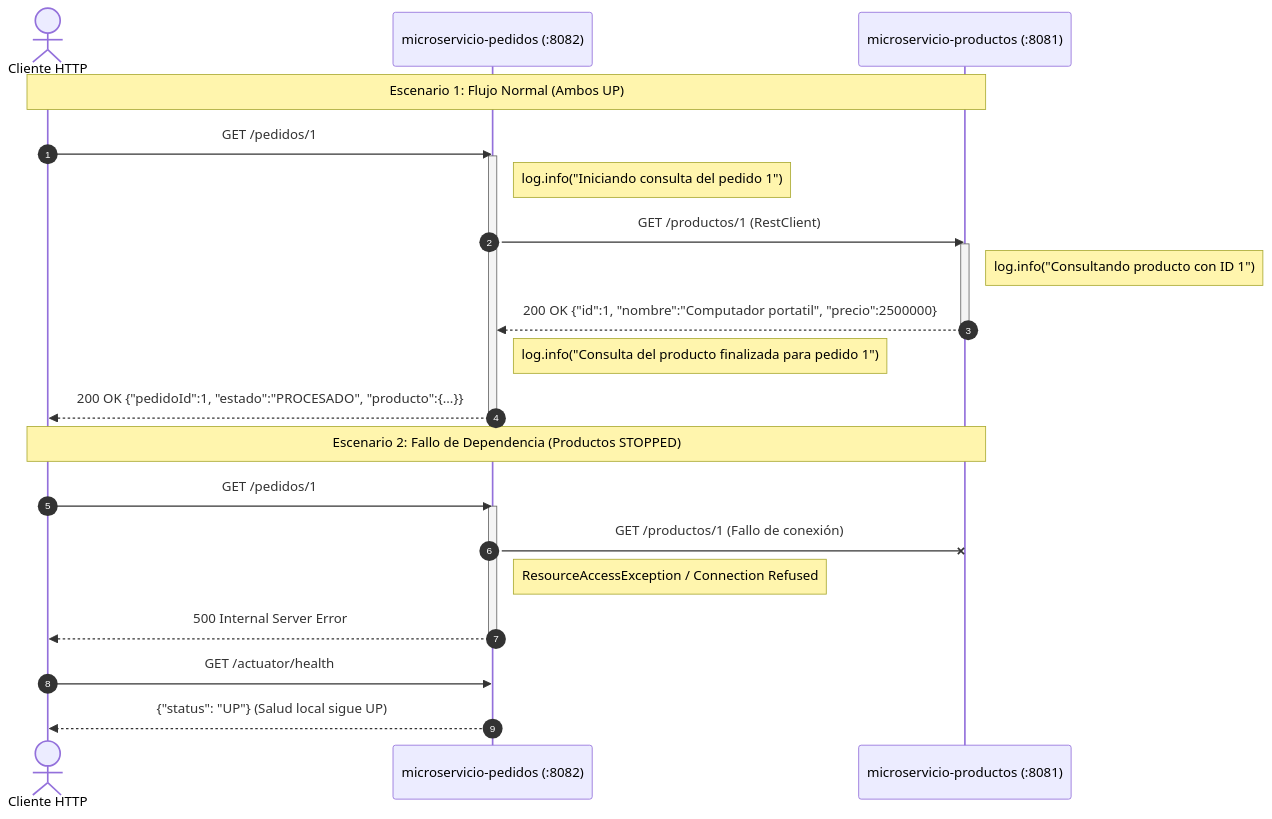
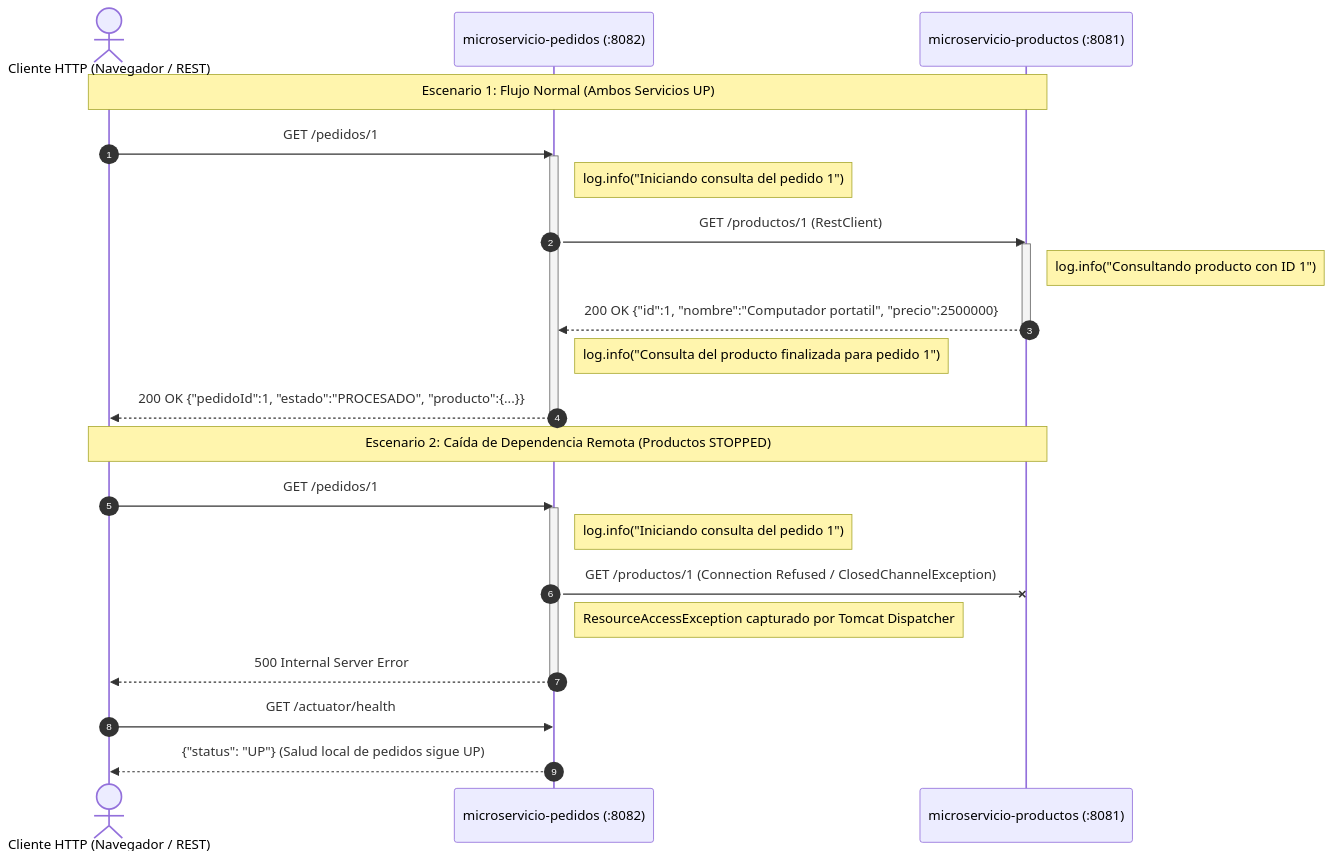
Before and after one commit to josezambranol/observabilidad-microservicios-spring-boot: the second of 2 diagrams in README.md, drawn with Mermaid. The commit also changed other lines of this file and 14 other files, not shown here.

````diff
--- a/README.md
+++ b/README.md
@@ -34,30 +44,31 @@
 ```mermaid
 sequenceDiagram
     autonumber
-    actor Cliente as Cliente HTTP
+    actor Cliente as Cliente HTTP (Navegador / REST)
     participant Pedidos as microservicio-pedidos (:8082)
     participant Productos as microservicio-productos (:8081)
 
-    Note over Cliente,Productos: Escenario 1: Flujo Normal (Ambos UP)
+    Note over Cliente,Productos: Escenario 1: Flujo Normal (Ambos Servicios UP)
     Cliente->>Pedidos: GET /pedidos/1
     activate Pedidos
     Note right of Pedidos: log.info("Iniciando consulta del pedido 1")
     Pedidos->>Productos: GET /productos/1 (RestClient)
     activate Productos
     Note right of Productos: log.info("Consultando producto con ID 1")
     Productos-->>Pedidos: 200 OK {"id":1, "nombre":"Computador portatil", "precio":2500000}
     deactivate Productos
     Note right of Pedidos: log.info("Consulta del producto finalizada para pedido 1")
     Pedidos-->>Cliente: 200 OK {"pedidoId":1, "estado":"PROCESADO", "producto":{...}}
     deactivate Pedidos
 
-    Note over Cliente,Productos: Escenario 2: Fallo de Dependencia (Productos STOPPED)
+    Note over Cliente,Productos: Escenario 2: Caída de Dependencia Remota (Productos STOPPED)
     Cliente->>Pedidos: GET /pedidos/1
     activate Pedidos
-    Pedidos-xProductos: GET /productos/1 (Fallo de conexión)
-    Note right of Pedidos: ResourceAccessException / Connection Refused
+    Note right of Pedidos: log.info("Iniciando consulta del pedido 1")
+    Pedidos-xProductos: GET /productos/1 (Connection Refused / ClosedChannelException)
+    Note right of Pedidos: ResourceAccessException capturado por Tomcat Dispatcher
     Pedidos-->>Cliente: 500 Internal Server Error
     deactivate Pedidos
     Cliente->>Pedidos: GET /actuator/health
-    Pedidos-->>Cliente: {"status": "UP"} (Salud local sigue UP)
+    Pedidos-->>Cliente: {"status": "UP"} (Salud local de pedidos sigue UP)
 ```
````
